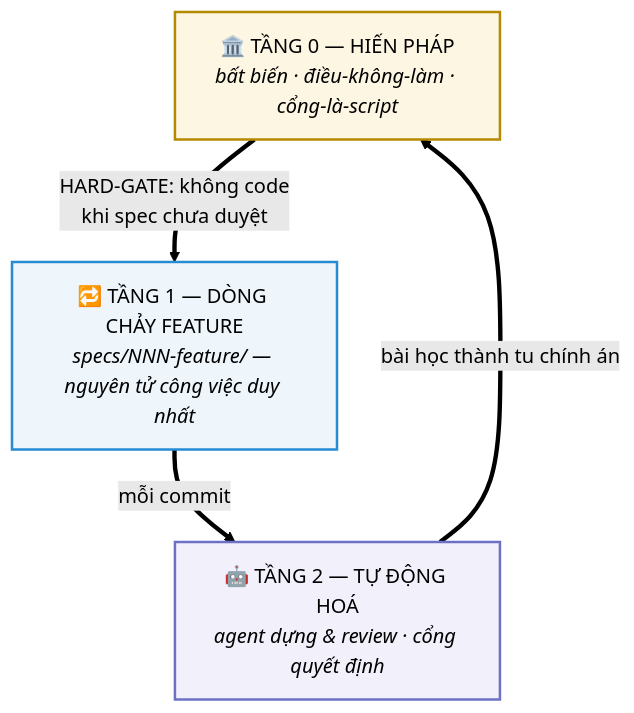
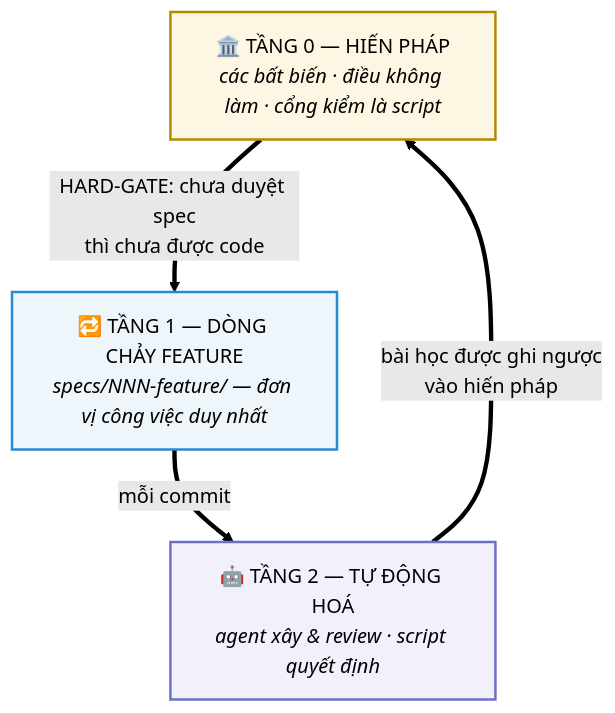
The first of 2 diagrams in README.vi.md (doxuta/ai-factory-kit), drawn with Mermaid (forest theme) before and after one commit. The commit also changed other lines of this file, not shown here.

````diff
--- a/README.vi.md
+++ b/README.vi.md
@@ -32,12 +33,12 @@
 ```mermaid
 flowchart TB
-    L0["🏛️ TẦNG 0 — HIẾN PHÁP<br/><i>bất biến · điều-không-làm · cổng-là-script</i>"]
-    L1["🔁 TẦNG 1 — DÒNG CHẢY FEATURE<br/><i>specs/NNN-feature/ — nguyên tử công việc duy nhất</i>"]
-    L2["🤖 TẦNG 2 — TỰ ĐỘNG HOÁ<br/><i>agent dựng & review · cổng quyết định</i>"]
-    L0 ==>|"HARD-GATE: không code<br/>khi spec chưa duyệt"| L1
+    L0["🏛️ TẦNG 0 — HIẾN PHÁP<br/><i>các bất biến · điều không làm · cổng kiểm là script</i>"]
+    L1["🔁 TẦNG 1 — DÒNG CHẢY FEATURE<br/><i>specs/NNN-feature/ — đơn vị công việc duy nhất</i>"]
+    L2["🤖 TẦNG 2 — TỰ ĐỘNG HOÁ<br/><i>agent xây & review · script quyết định</i>"]
+    L0 ==>|"HARD-GATE: chưa duyệt spec<br/>thì chưa được code"| L1
     L1 ==>|"mỗi commit"| L2
-    L2 ==>|"bài học thành tu chính án"| L0
+    L2 ==>|"bài học được ghi ngược<br/>vào hiến pháp"| L0
     style L0 fill:#fdf6e3,stroke:#b58900,stroke-width:2px
     style L1 fill:#eef6fc,stroke:#268bd2,stroke-width:2px
     style L2 fill:#f2f0fa,stroke:#6c71c4,stroke-width:2px
 ```
````
